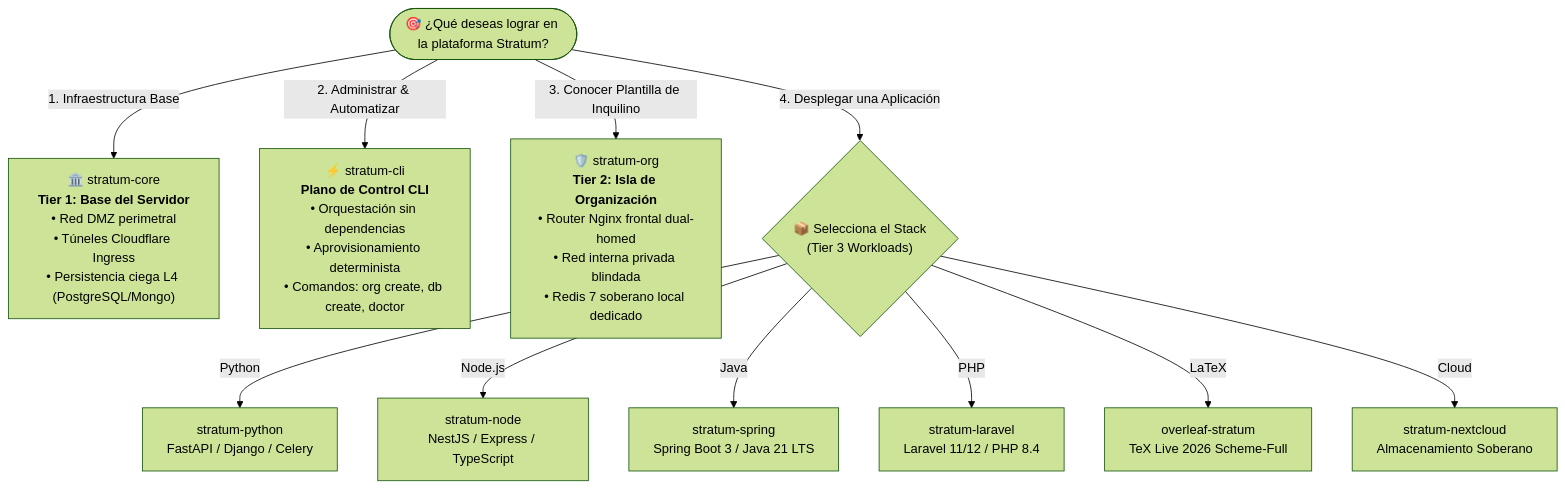
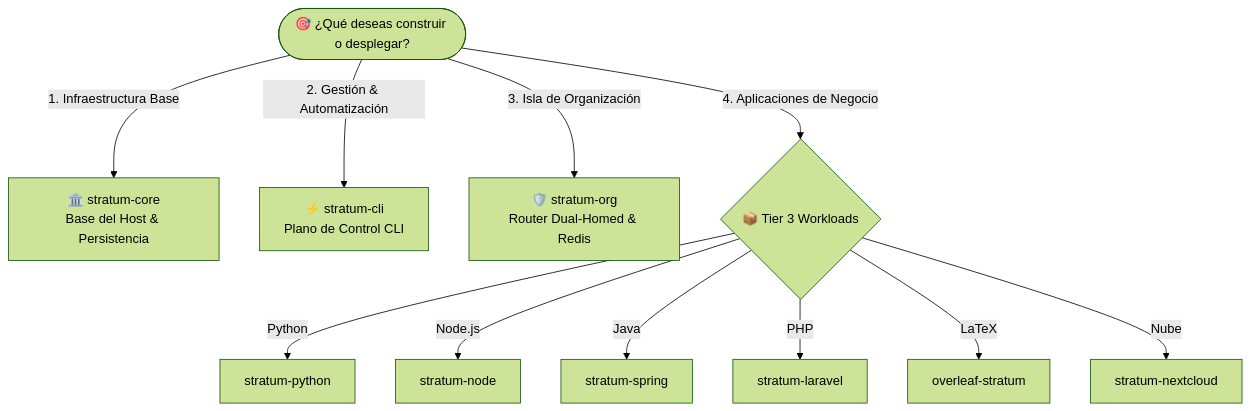
The first of 4 diagrams in README.md (isora-cloud-group/stratum-hub), drawn with Mermaid (forest theme) before and after one commit. The commit also changed other lines of this file and 2 other files, not shown here.

Commit message:
docs: optimize diagrams with vertical orientation, concise labels, and decoupled link lists

````diff
--- a/README.md
+++ b/README.md
@@ -57,26 +57,16 @@
 ```mermaid
 flowchart TD
-    START(["🎯 ¿Qué deseas lograr en la plataforma Stratum?"])
+    START(["🎯 ¿Qué deseas construir o desplegar?"])
     
-    START -->|"1. Infraestructura Base"| CORE["🏛️ stratum-core<br/><b>Tier 1: Base del Servidor</b><br/>• Red DMZ perimetral<br/>• Túneles Cloudflare Ingress<br/>• Persistencia ciega L4 (PostgreSQL/Mongo)"]
-    START -->|"2. Administrar & Automatizar"| CLI["⚡ stratum-cli<br/><b>Plano de Control CLI</b><br/>• Orquestación sin dependencias<br/>• Aprovisionamiento determinista<br/>• Comandos: org create, db create, doctor"]
-    START -->|"3. Conocer Plantilla de Inquilino"| ORG["🛡️ stratum-org<br/><b>Tier 2: Isla de Organización</b><br/>• Router Nginx frontal dual-homed<br/>• Red interna privada blindada<br/>• Redis 7 soberano local dedicado"]
-    START -->|"4. Desplegar una Aplicación"| APPS{"📦 Selecciona el Stack<br/>(Tier 3 Workloads)"}
+    START -->|"1. Infraestructura Base"| CORE["🏛️ stratum-core<br/>Base del Host & Persistencia"]
+    START -->|"2. Gestión & Automatización"| CLI["⚡ stratum-cli<br/>Plano de Control CLI"]
+    START -->|"3. Isla de Organización"| ORG["🛡️ stratum-org<br/>Router Dual-Homed & Redis"]
+    START -->|"4. Aplicaciones de Negocio"| APPS{"📦 Tier 3 Workloads"}
     
-    APPS -->|"Python"| W_PY["stratum-python<br/>FastAPI / Django / Celery"]
-    APPS -->|"Node.js"| W_JS["stratum-node<br/>NestJS / Express / TypeScript"]
-    APPS -->|"Java"| W_JV["stratum-spring<br/>Spring Boot 3 / Java 21 LTS"]
-    APPS -->|"PHP"| W_PHP["stratum-laravel<br/>Laravel 11/12 / PHP 8.4"]
-    APPS -->|"LaTeX"| W_TEX["overleaf-stratum<br/>TeX Live 2026 Scheme-Full"]
-    APPS -->|"Cloud"| W_NC["stratum-nextcloud<br/>Almacenamiento Soberano"]
-
-    click CORE "https://github.com/isora-cloud-group/stratum-core" "Ir al repositorio stratum-core"
-    click CLI "https://github.com/isora-cloud-group/stratum-cli" "Ir al repositorio stratum-cli"
-    click ORG "https://github.com/isora-cloud-group/stratum-org" "Ir al repositorio stratum-org"
-    click W_PY "https://github.com/isora-cloud-group/stratum-python" "Ir al repositorio stratum-python"
-    click W_JS "https://github.com/isora-cloud-group/stratum-node" "Ir al repositorio stratum-node"
-    click W_JV "https://github.com/isora-cloud-group/stratum-spring" "Ir al repositorio stratum-spring"
-    click W_PHP "https://github.com/isora-cloud-group/stratum-laravel" "Ir al repositorio stratum-laravel"
-    click W_TEX "https://github.com/isora-cloud-group/overleaf-stratum" "Ir al repositorio overleaf-stratum"
-    click W_NC "https://github.com/isora-cloud-group/stratum-nextcloud" "Ir al repositorio stratum-nextcloud"
+    APPS -->|"Python"| W_PY["stratum-python"]
+    APPS -->|"Node.js"| W_JS["stratum-node"]
+    APPS -->|"Java"| W_JV["stratum-spring"]
+    APPS -->|"PHP"| W_PHP["stratum-laravel"]
+    APPS -->|"LaTeX"| W_TEX["overleaf-stratum"]
+    APPS -->|"Nube"| W_NC["stratum-nextcloud"]
 ```
````
